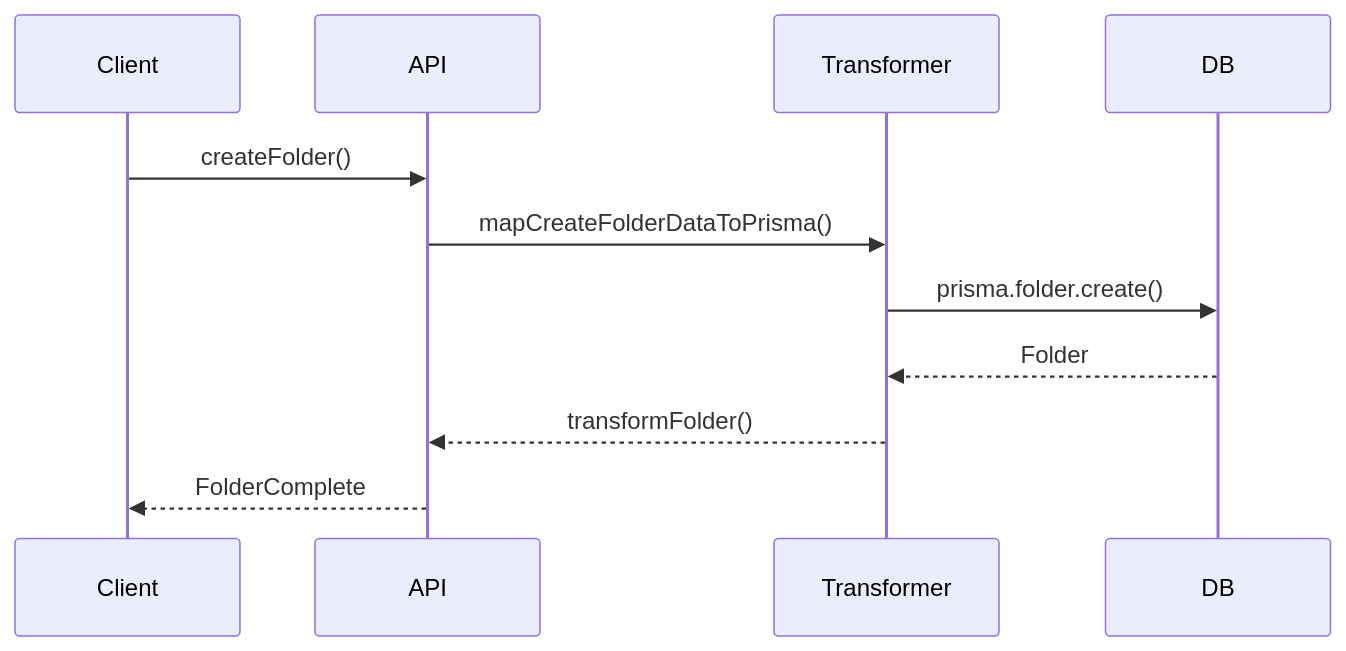
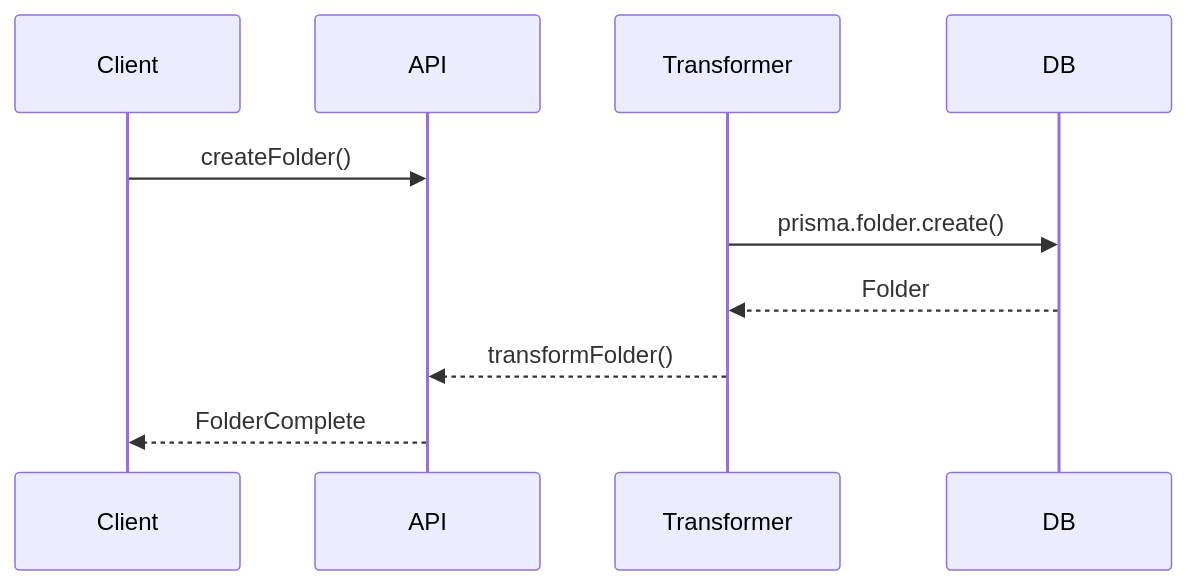
One commit to gvastethecreator/media-manager changed the second of 2 diagrams in src/types/entities/folder/documentation.md. Above: the diagram before and after it, drawn with Mermaid. The commit also changed 176 other files, not shown here.

````diff
--- a/src/types/entities/folder/documentation.md
+++ b/src/types/entities/folder/documentation.md
@@ -38,13 +38,13 @@
 ```mermaid
 sequenceDiagram
     participant Client
     participant API
     participant Transformer
     participant DB
     Client->>API: createFolder()
-    API->>Transformer: mapCreateFolderDataToPrisma()
+    
     Transformer->>DB: prisma.folder.create()
     DB-->>Transformer: Folder
     Transformer-->>API: transformFolder()
     API-->>Client: FolderComplete
 ```
````
